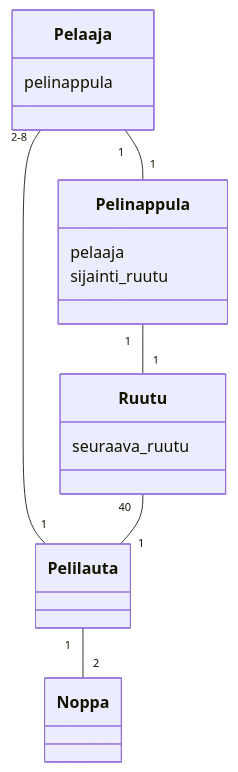
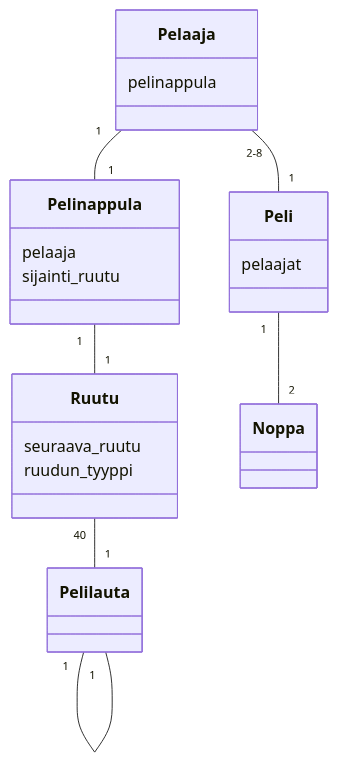
One commit to arolaeemil/ot-harjoitustyo changed the diagram in laskarit/viikko3/monopoli.md. Above: the diagram before and after it, drawn with Mermaid.

````diff
--- a/laskarit/viikko3/monopoli.md
+++ b/laskarit/viikko3/monopoli.md
@@ -1,22 +1,27 @@
 ```mermaid
  classDiagram
-	Pelaaja "2-8" -- "1" Pelilauta
+	Pelaaja "2-8" -- "1" Peli
+	Pelilauta "1" -- "1" Pelilauta
 	Ruutu "40" -- "1" Pelilauta
 	Pelaaja "1" -- "1" Pelinappula
-	Pelilauta "1" -- "2" Noppa
+	Peli "1" -- "2" Noppa
 	Pelinappula "1" -- "1" Ruutu
+	class Peli{
+	pelaajat
+	}
 	class Pelaaja{
 	pelinappula
 	}
 	class Pelilauta{
 	}
 	class Ruutu{
 	seuraava_ruutu
+	ruudun_tyyppi
 	}
 	class Pelinappula{
 	pelaaja
 	sijainti_ruutu
 	}
 	class Noppa{
 	}
 ```
````
